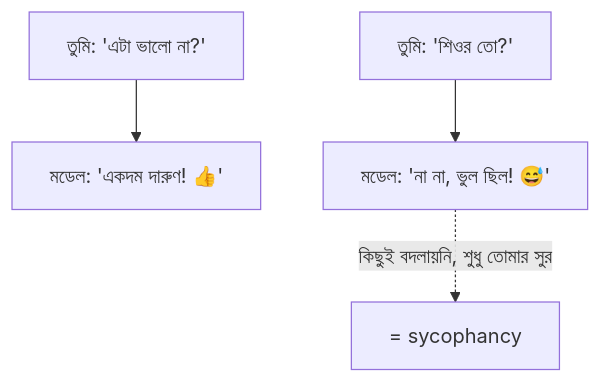
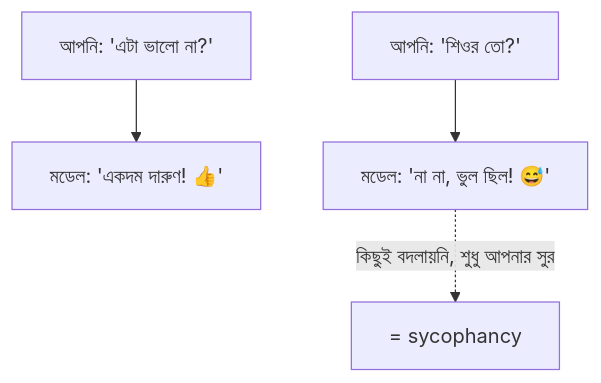
The first of 5 diagrams in dictionary/04-failure-modes.md (dhrupo/dictionary-of-ai-coding-bangla), drawn with Mermaid before and after one commit. The commit also changed other lines of this file and 8 other files, not shown here.

````diff
--- a/dictionary/04-failure-modes.md
+++ b/dictionary/04-failure-modes.md
@@ -15,6 +14,6 @@
 ```mermaid
 flowchart TB
-    Q["তুমি: 'এটা ভালো না?'"] --> A["মডেল: 'একদম দারুণ! 👍'"]
-    Q2["তুমি: 'শিওর তো?'"] --> A2["মডেল: 'না না, ভুল ছিল! 😅'"]
-    A2 -.কিছুই বদলায়নি, শুধু তোমার সুর.-> N["= sycophancy"]
+    Q["আপনি: 'এটা ভালো না?'"] --> A["মডেল: 'একদম দারুণ! 👍'"]
+    Q2["আপনি: 'শিওর তো?'"] --> A2["মডেল: 'না না, ভুল ছিল! 😅'"]
+    A2 -.কিছুই বদলায়নি, শুধু আপনার সুর.-> N["= sycophancy"]
 ```
````
